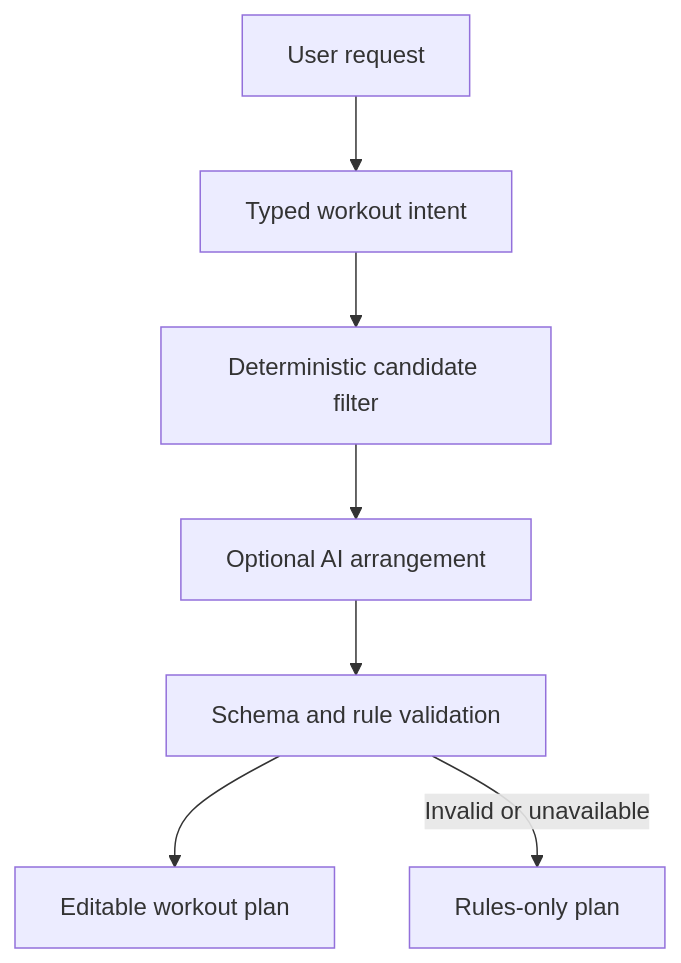
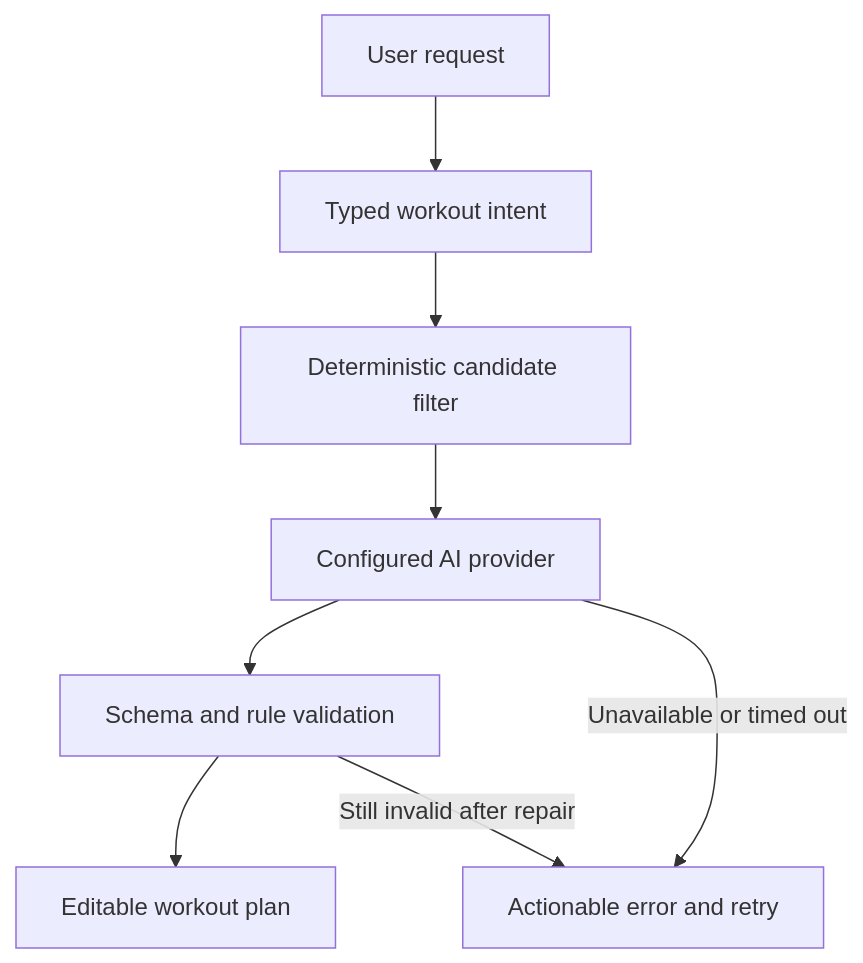
One commit to Thnorty/RepForth changed the second of 3 diagrams in PROJECT_GUIDELINE.md. Above: the diagram before and after it, drawn with Mermaid. The commit also changed other lines of this file and 30 other files, not shown here.

````diff
--- a/PROJECT_GUIDELINE.md
+++ b/PROJECT_GUIDELINE.md
@@ -344,9 +343,10 @@
 ```mermaid
 flowchart TD
     INPUT["User request"] --> INTENT["Typed workout intent"]
     INTENT --> FILTER["Deterministic candidate filter"]
-    FILTER --> MODEL["Optional AI arrangement"]
+    FILTER --> MODEL["Configured AI provider"]
     MODEL --> VALIDATE["Schema and rule validation"]
     VALIDATE --> PLAN["Editable workout plan"]
-    VALIDATE -->|"Invalid or unavailable"| FALLBACK["Rules-only plan"]
+    MODEL -->|"Unavailable or timed out"| ERROR["Actionable error and retry"]
+    VALIDATE -->|"Still invalid after repair"| ERROR
 ```
````
